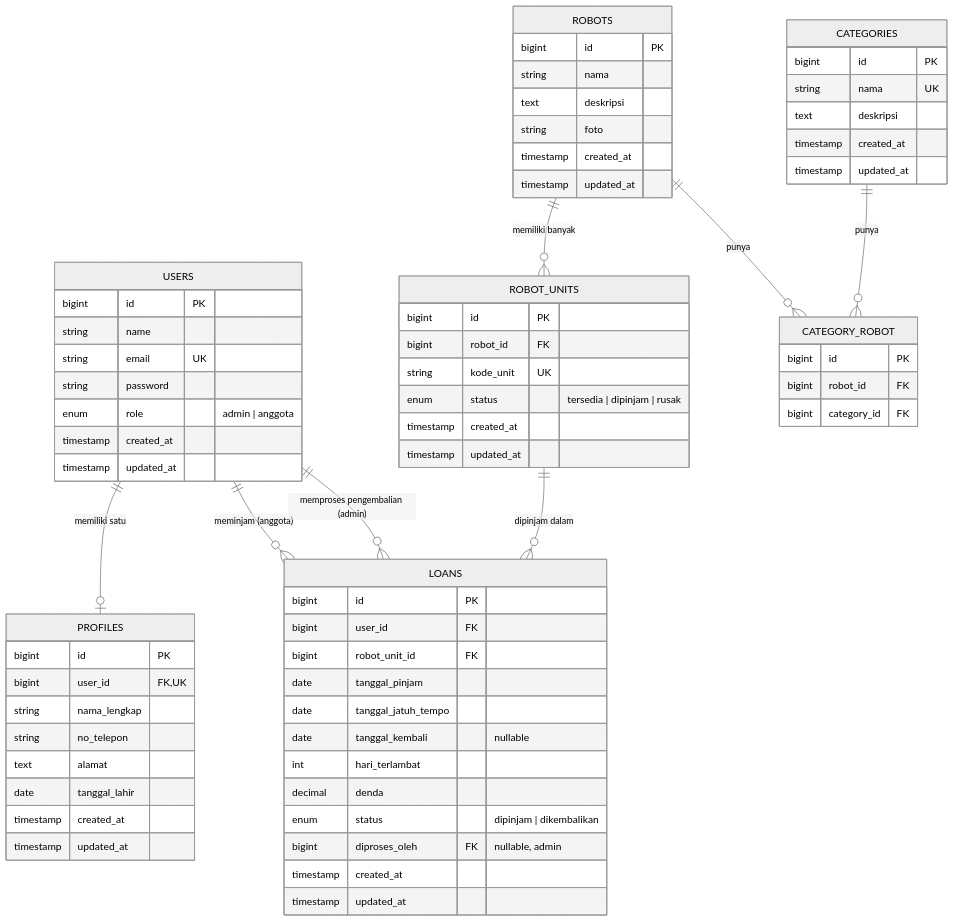
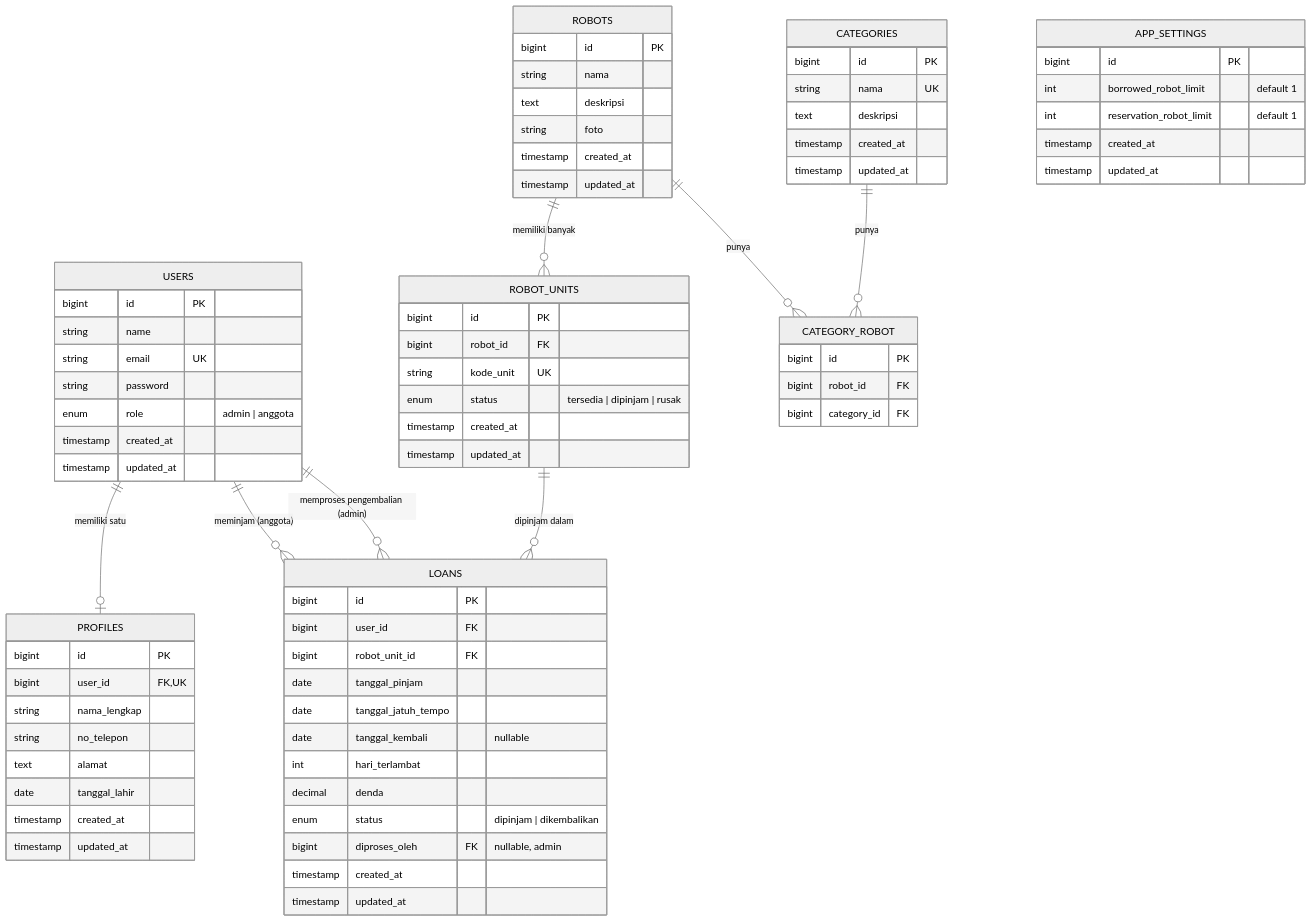
Before and after one commit to Ferdyanshh/RoPar: the diagram in Documentations/ERD.md, drawn with Mermaid (neutral theme). The commit also changed other lines of this file and 15 other files, not shown here.

````diff
--- a/Documentations/ERD.md
+++ b/Documentations/ERD.md
@@ -81,4 +81,12 @@
         timestamp created_at
         timestamp updated_at
     }
+
+    APP_SETTINGS {
+        bigint id PK
+        int borrowed_robot_limit "default 1"
+        int reservation_robot_limit "default 1"
+        timestamp created_at
+        timestamp updated_at
+    }
 ```
````
